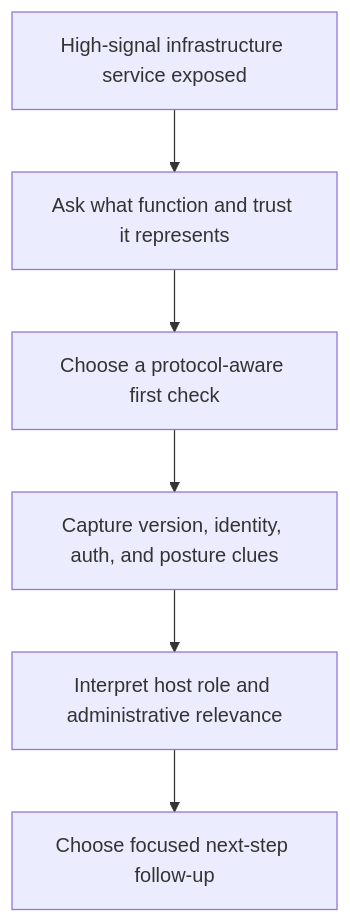
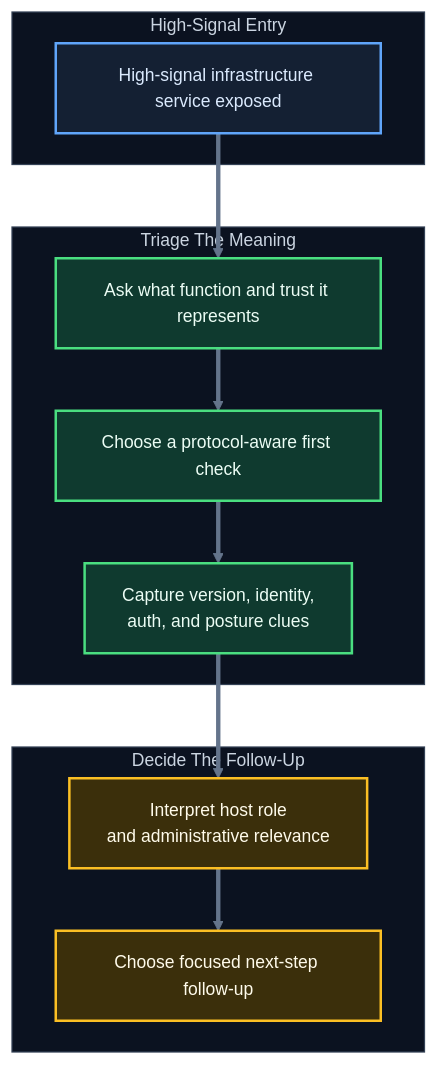
One commit to route2shell/hack-the-basics changed the first of 3 diagrams in modules/03-service-footprinting-and-common-infrastructure-enumeration/lessons/module-03-lesson-3-3-enumerating-databases-monitoring-and-management-services.md. Above: the diagram before and after it, drawn with Mermaid. The commit also changed other lines of this file and 6 other files, not shown here.

````diff
--- a/modules/03-service-footprinting-and-common-infrastructure-enumeration/lessons/module-03-lesson-3-3-enumerating-databases-monitoring-and-management-services.md
+++ b/modules/03-service-footprinting-and-common-infrastructure-enumeration/lessons/module-03-lesson-3-3-enumerating-databases-monitoring-and-management-services.md
@@ -78,8 +78,30 @@
 ```mermaid
+%%{init: {"theme":"base","flowchart":{"curve":"basis","htmlLabels":true},"themeVariables":{"primaryColor":"#0f172a","primaryTextColor":"#e2e8f0","primaryBorderColor":"#7dd3fc","lineColor":"#64748b","secondaryColor":"#111827","tertiaryColor":"#0b1220","clusterBkg":"#0b1220","clusterBorder":"#334155","fontSize":"14px"}}}%%
 flowchart TD
-    A[High-signal infrastructure service exposed] --> B[Ask what function and trust it represents]
-    B --> C[Choose a protocol-aware first check]
-    C --> D[Capture version, identity, auth, and posture clues]
-    D --> E[Interpret host role and administrative relevance]
-    E --> F[Choose focused next-step follow-up]
+    subgraph SIGNAL["High-Signal Entry"]
+        A["High-signal infrastructure service exposed"]
+    end
+    subgraph TRIAGE["Triage The Meaning"]
+        B["Ask what function and trust it represents"]
+        C["Choose a protocol-aware first check"]
+        D["Capture version, identity,<br/>auth, and posture clues"]
+    end
+    subgraph ACTION["Decide The Follow-Up"]
+        E["Interpret host role<br/>and administrative relevance"]
+        F["Choose focused next-step follow-up"]
+    end
+
+    A ==> B ==> C ==> D ==> E ==> F
+
+    classDef source fill:#142033,stroke:#60a5fa,color:#dbeafe,stroke-width:2px;
+    classDef analysis fill:#0f3a2f,stroke:#4ade80,color:#ecfdf5,stroke-width:2px;
+    classDef action fill:#3b2f0b,stroke:#fbbf24,color:#fffbeb,stroke-width:2px;
+
+    class A source;
+    class B,C,D analysis;
+    class E,F action;
+
+    style SIGNAL fill:#0b1220,stroke:#334155,color:#cbd5e1
+    style TRIAGE fill:#0b1220,stroke:#334155,color:#cbd5e1
+    style ACTION fill:#0b1220,stroke:#334155,color:#cbd5e1
 ```
````
